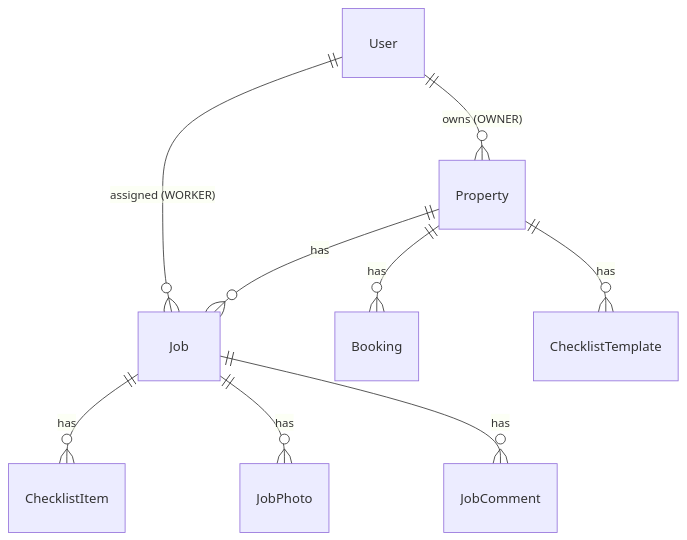
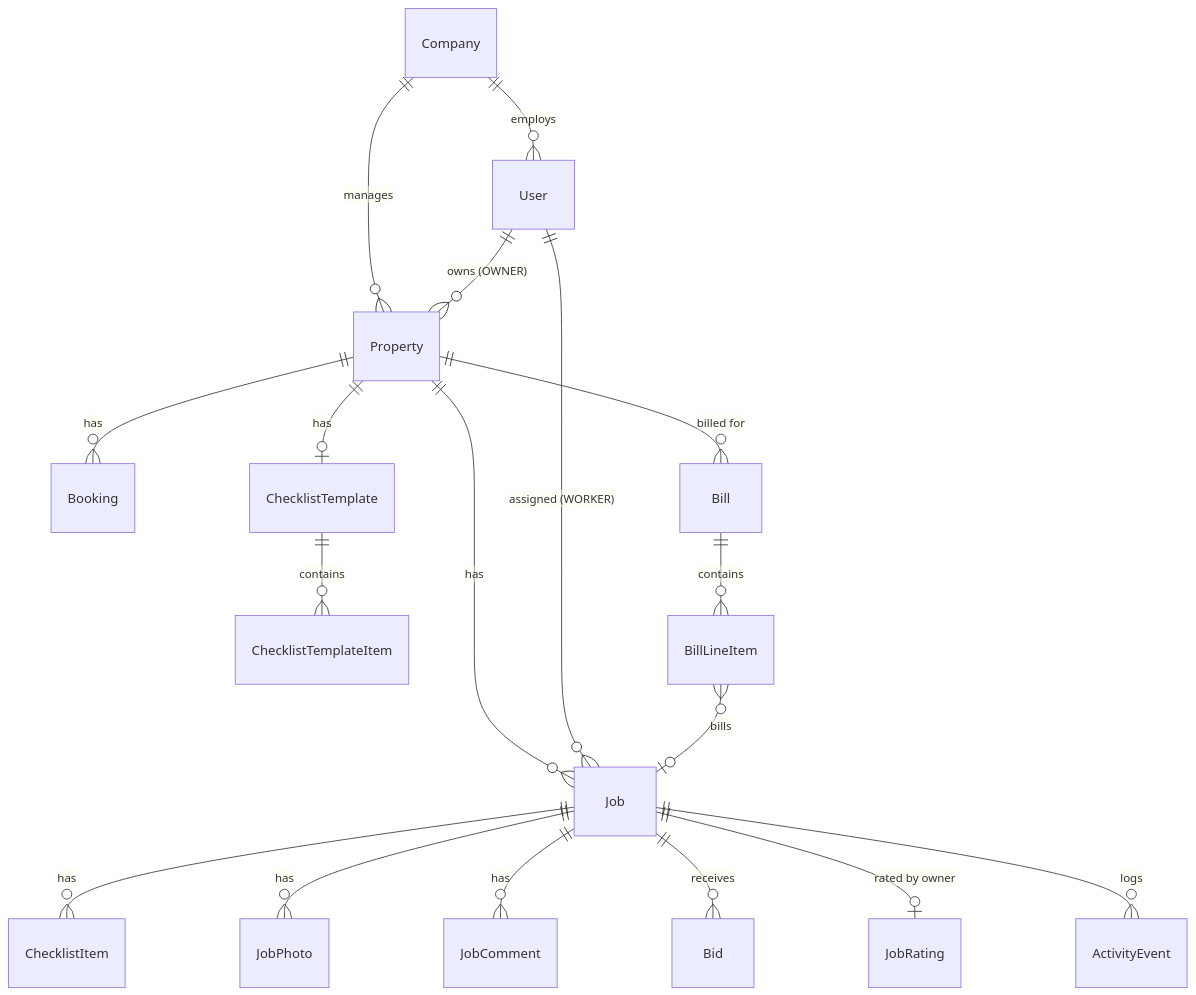
Before and after one commit to srnux/domar: the diagram in docs/architecture.md, drawn with Mermaid. The commit also changed other lines of this file and 25 other files, not shown here.

````diff
--- a/docs/architecture.md
+++ b/docs/architecture.md
@@ -39,11 +77,20 @@
 ```mermaid
 erDiagram
+    Company ||--o{ User : employs
+    Company ||--o{ Property : manages
     User ||--o{ Property : "owns (OWNER)"
-    User ||--o{ Job : "assigned (WORKER)"
     Property ||--o{ Job : has
     Property ||--o{ Booking : has
-    Property ||--o{ ChecklistTemplate : has
+    Property ||--o| ChecklistTemplate : has
+    ChecklistTemplate ||--o{ ChecklistTemplateItem : contains
+    Property ||--o{ Bill : "billed for"
+    User ||--o{ Job : "assigned (WORKER)"
     Job ||--o{ ChecklistItem : has
     Job ||--o{ JobPhoto : has
     Job ||--o{ JobComment : has
+    Job ||--o{ Bid : receives
+    Job ||--o| JobRating : "rated by owner"
+    Job ||--o{ ActivityEvent : logs
+    Bill ||--o{ BillLineItem : contains
+    BillLineItem }o--o| Job : "bills"
 ```
````
